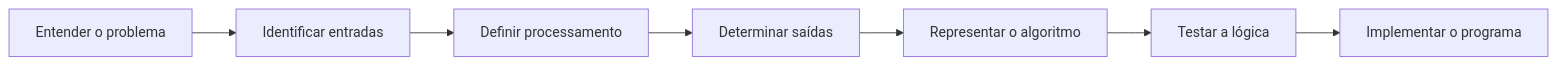
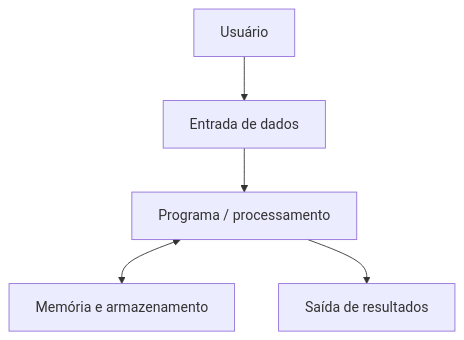
Before and after one commit to thissyalmeida/fatec-material-aulas: the diagram in docs/ALP/apostila/capitulos/01-introducao-computacao.md, drawn with Mermaid. The commit also changed other lines of this file and 65 other files, not shown here.

````diff
--- a/docs/ALP/apostila/capitulos/01-introducao-computacao.md
+++ b/docs/ALP/apostila/capitulos/01-introducao-computacao.md
@@ -510,9 +21,7 @@
 ```mermaid
-flowchart LR
-    A[Entender o problema] --> B[Identificar entradas]
-    B --> C[Definir processamento]
-    C --> D[Determinar saídas]
-    D --> E[Representar o algoritmo]
-    E --> F[Testar a lógica]
-    F --> G[Implementar o programa]
+flowchart TD
+    A[Usuário] --> B[Entrada de dados]
+    B --> C[Programa / processamento]
+    C <--> D[Memória e armazenamento]
+    C --> E[Saída de resultados]
 ```
````
